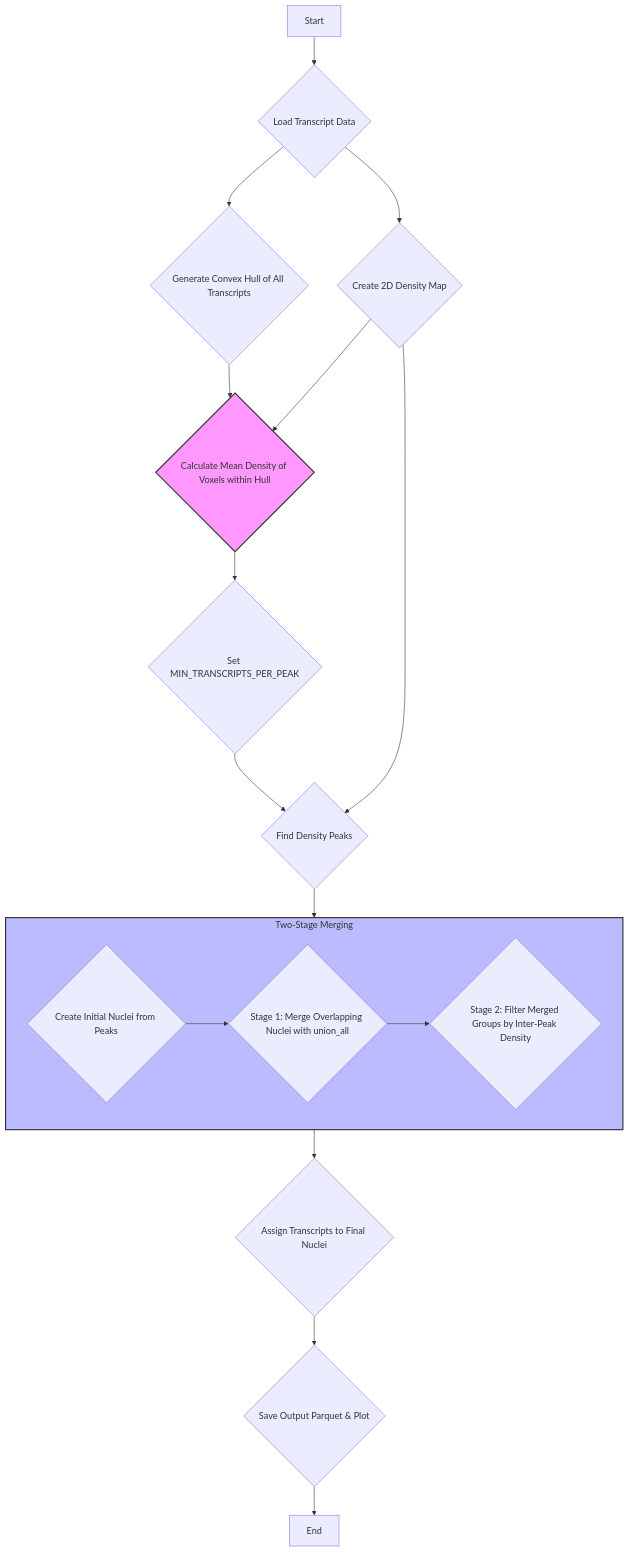
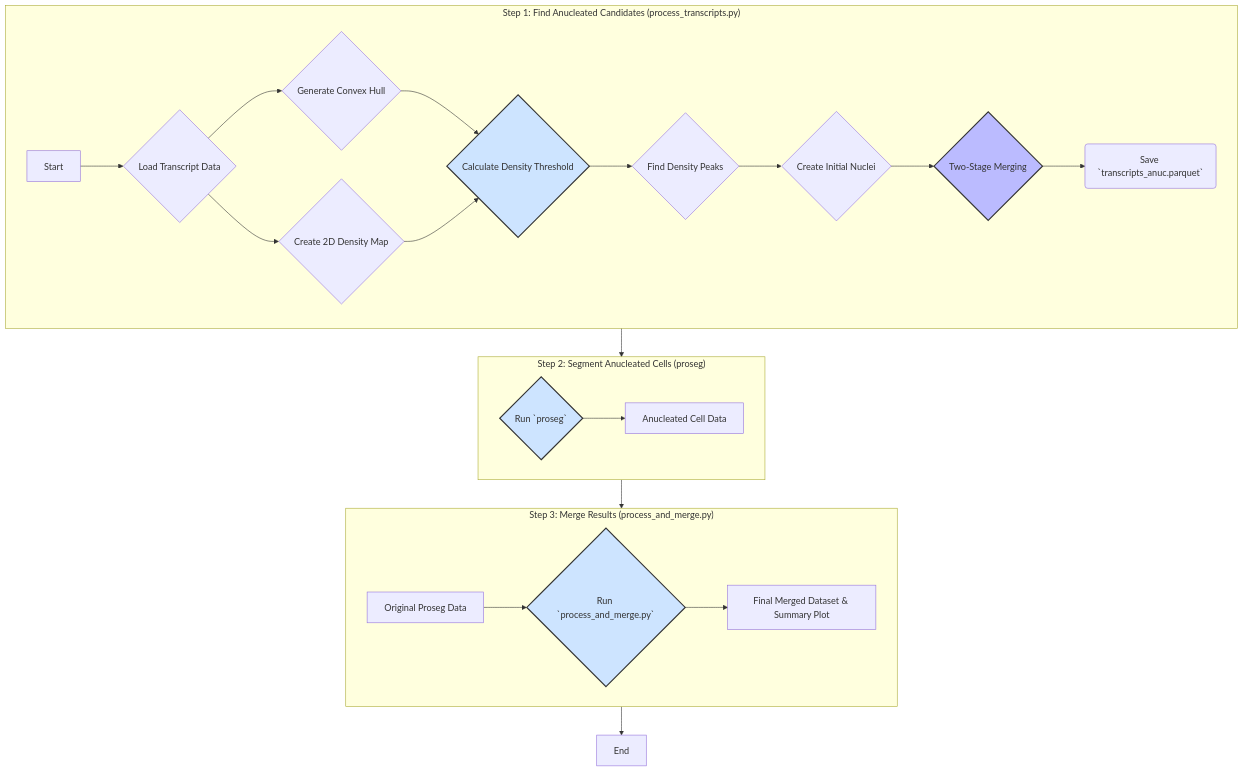
Before and after one commit to djhfknapp/anucleated-cell-finder: the diagram in README.md, drawn with Mermaid. The commit also changed other lines of this file, not shown here.

Commit message:
Update README.md to include process_and_merge.py

````diff
--- a/README.md
+++ b/README.md
@@ -20,23 +20,34 @@
 ```mermaid
 graph TD
-    A[Start] --> B{Load Transcript Data};
-    B --> C{Generate Convex Hull of All Transcripts};
-    B --> D{Create 2D Density Map};
-    C & D --> E{Calculate Mean Density of Voxels within Hull};
-    E --> F{Set MIN_TRANSCRIPTS_PER_PEAK};
-    D & F --> G{Find Density Peaks};
-    G --> H{Create Initial Nuclei from Peaks};
-    
-    subgraph Merging [Two-Stage Merging]
-      direction LR
-      H --> M1{Stage 1: Merge Overlapping Nuclei with union_all};
-      M1 --> M2{Stage 2: Filter Merged Groups by Inter-Peak Density};
+    subgraph "Step 1: Find Anucleated Candidates (process_transcripts.py)"
+        direction LR
+        A[Start] --> B{Load Transcript Data};
+        B --> C{Generate Convex Hull};
+        B --> D{Create 2D Density Map};
+        C & D --> E{Calculate Density Threshold};
+        E --> F{Find Density Peaks};
+        F --> G{Create Initial Nuclei};
+        G --> H{Two-Stage Merging};
+        H --> I(Save `transcripts_anuc.parquet`);
     end
 
-    Merging --> K{Assign Transcripts to Final Nuclei};
-    K --> L{Save Output Parquet & Plot};
-    L --> M[End];
+    subgraph "Step 2: Segment Anucleated Cells (proseg)"
+        direction LR
+        I --> J{Run `proseg`};
+        J --> K[Anucleated Cell Data];
+    end
 
-    style E fill:#f9f,stroke:#333,stroke-width:2px
-    style Merging fill:#bbf,stroke:#333,stroke-width:2px
+    subgraph "Step 3: Merge Results (process_and_merge.py)"
+        direction LR
+        L[Original Proseg Data] --> M{Run `process_and_merge.py`};
+        K --> M;
+        M --> N[Final Merged Dataset & Summary Plot];
+    end
+
+    N --> O[End];
+
+    style E fill:#cde4ff,stroke:#333,stroke-width:2px
+    style H fill:#bbf,stroke:#333,stroke-width:2px
+    style J fill:#cde4ff,stroke:#333,stroke-width:2px
+    style M fill:#cde4ff,stroke:#333,stroke-width:2px
 ```
````
